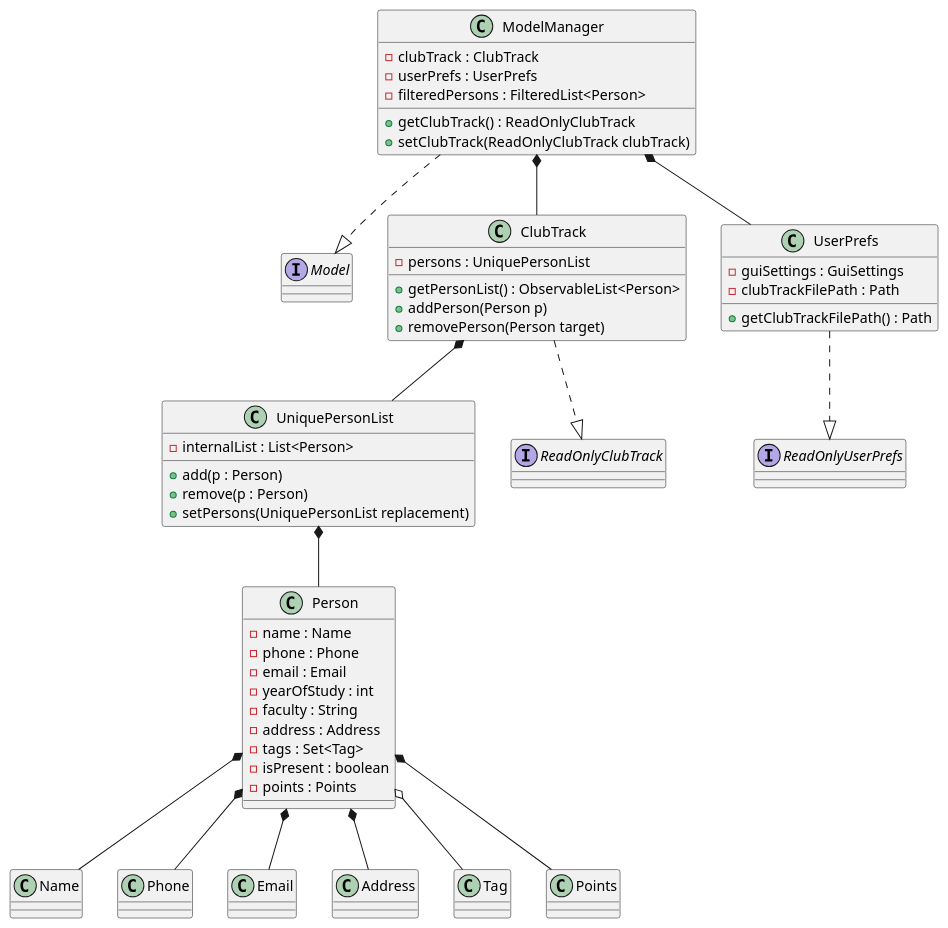
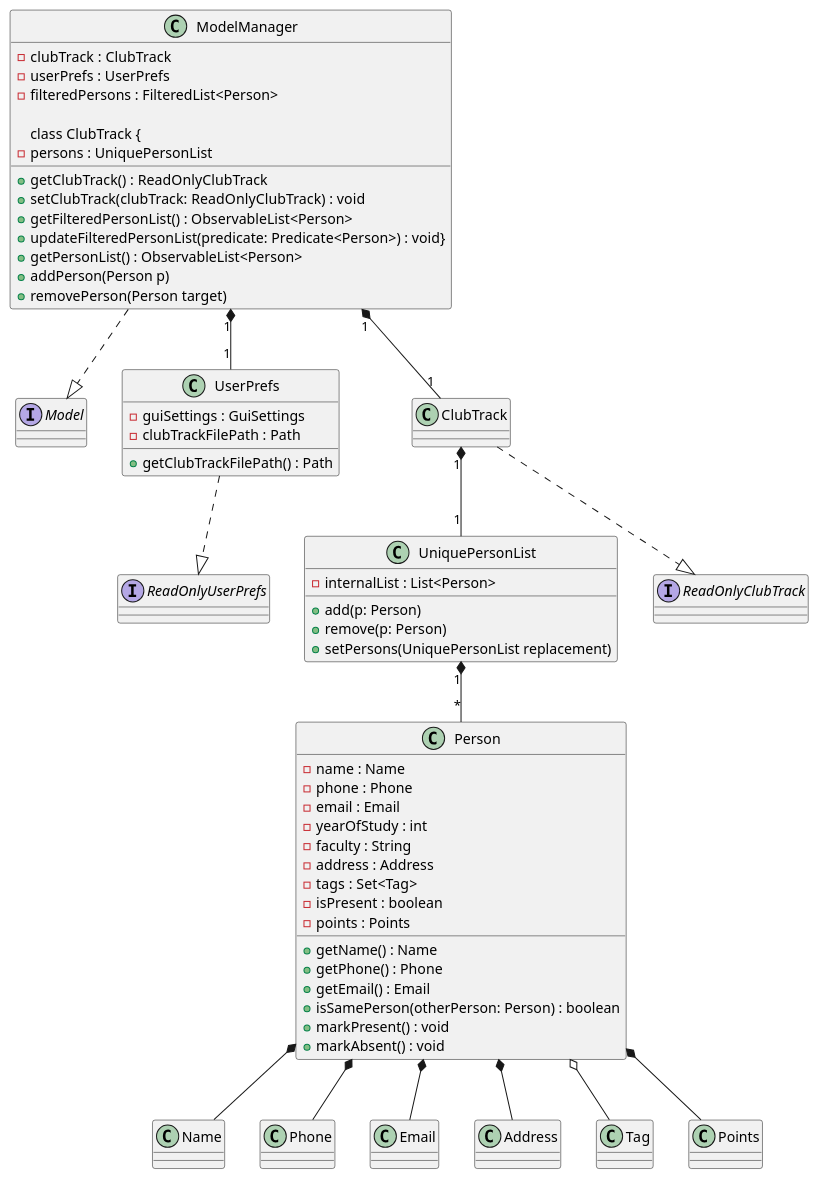
Before and after one commit to javierchuaby/tp: the diagram in docs/diagrams/ModelClassDiagram.puml, drawn with PlantUML. The commit also changed 14 other files, not shown here.

```diff
--- a/docs/diagrams/ModelClassDiagram.puml
+++ b/docs/diagrams/ModelClassDiagram.puml
@@ -1,75 +1,82 @@
 @startuml
 
 ' ===== Model slice =====
 
 interface Model
 
 class ModelManager {
 - clubTrack : ClubTrack
 - userPrefs : UserPrefs
 - filteredPersons : FilteredList<Person>
 + getClubTrack() : ReadOnlyClubTrack
-+ setClubTrack(ReadOnlyClubTrack clubTrack)
-}
++ setClubTrack(clubTrack: ReadOnlyClubTrack) : void
++ getFilteredPersonList() : ObservableList<Person>
++ updateFilteredPersonList(predicate: Predicate<Person>) : void}
 
 class ClubTrack {
 - persons : UniquePersonList
 + getPersonList() : ObservableList<Person>
 + addPerson(Person p)
 + removePerson(Person target)
 }
 
 class UniquePersonList {
 - internalList : List<Person>
-+ add(p : Person)
-+ remove(p : Person)
++ add(p: Person)
++ remove(p: Person)
 + setPersons(UniquePersonList replacement)
 }
 
 class Person {
 - name : Name
 - phone : Phone
 - email : Email
 - yearOfStudy : int
 - faculty : String
 - address : Address
 - tags : Set<Tag>
 - isPresent : boolean
 - points : Points
++ getName() : Name
++ getPhone() : Phone
++ getEmail() : Email
++ isSamePerson(otherPerson: Person) : boolean
++ markPresent() : void
++ markAbsent() : void
 }
 
 class UserPrefs {
 - guiSettings : GuiSettings
 - clubTrackFilePath : Path
 + getClubTrackFilePath() : Path
 }
 
 ' Value objects
 class Name
 class Phone
 class Email
 class Address
 class Tag
 class Points
 
 ' Interfaces
 interface ReadOnlyClubTrack
 interface ReadOnlyUserPrefs
 
 ' Relationships
 ModelManager ..|> Model
 ClubTrack ..|> ReadOnlyClubTrack
 UserPrefs ..|> ReadOnlyUserPrefs
 
-ModelManager *-- ClubTrack
-ModelManager *-- UserPrefs
-ClubTrack *-- UniquePersonList
-UniquePersonList *-- Person
+ModelManager "1" *-- "1" ClubTrack
+ModelManager "1" *-- "1" UserPrefs
+ClubTrack "1" *-- "1" UniquePersonList
+UniquePersonList "1" *-- "*" Person
 Person *-- Name
 Person *-- Phone
 Person *-- Email
 Person *-- Address
 Person *-- Points
 Person o-- Tag
 
 @enduml
```
